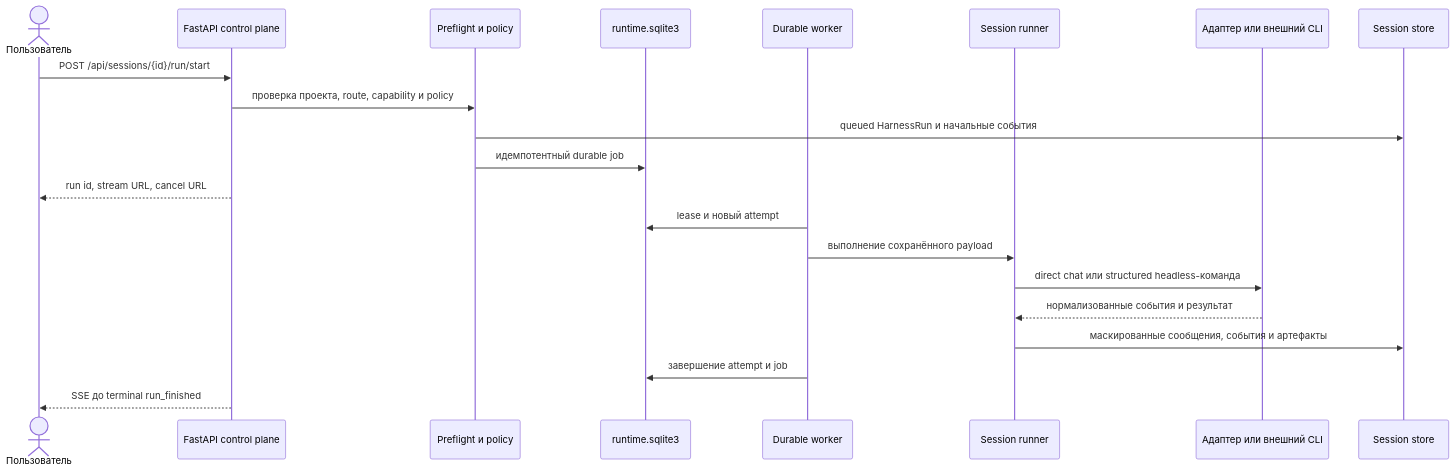
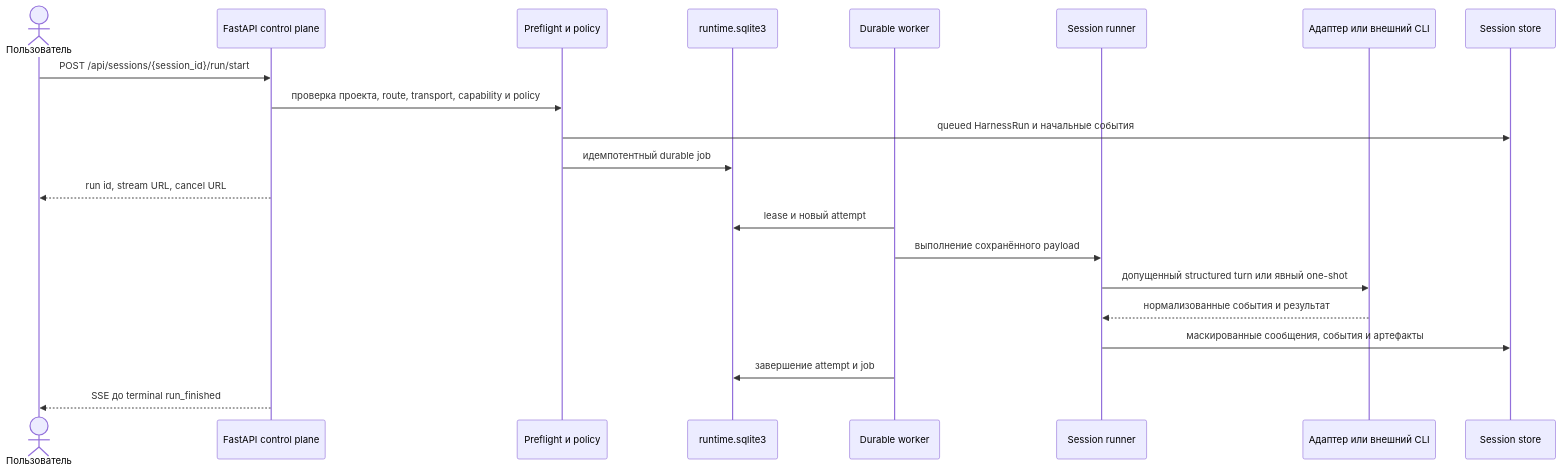
The second of 3 diagrams in docs-site/i18n/ru/docusaurus-plugin-content-docs/current/architecture/harness.md (ai-forever/gpt2giga), drawn with Mermaid before and after one commit. The commit also changed other lines of this file and 11 other files, not shown here.

````diff
--- a/docs-site/i18n/ru/docusaurus-plugin-content-docs/current/architecture/harness.md
+++ b/docs-site/i18n/ru/docusaurus-plugin-content-docs/current/architecture/harness.md
@@ -71,24 +76,24 @@
 ```mermaid
 sequenceDiagram
     actor U as Пользователь
     participant API as FastAPI control plane
     participant P as Preflight и policy
     participant DB as runtime.sqlite3
     participant W as Durable worker
     participant R as Session runner
     participant A as Адаптер или внешний CLI
     participant S as Session store
 
-    U->>API: POST /api/sessions/{id}/run/start
-    API->>P: проверка проекта, route, capability и policy
+    U->>API: POST /api/sessions/{session_id}/run/start
+    API->>P: проверка проекта, route, transport, capability и policy
     P->>S: queued HarnessRun и начальные события
     P->>DB: идемпотентный durable job
     API-->>U: run id, stream URL, cancel URL
     W->>DB: lease и новый attempt
     W->>R: выполнение сохранённого payload
-    R->>A: direct chat или structured headless-команда
+    R->>A: допущенный structured turn или явный one-shot
     A-->>R: нормализованные события и результат
     R->>S: маскированные сообщения, события и артефакты
     W->>DB: завершение attempt и job
     API-->>U: SSE до terminal run_finished
 ```
````
